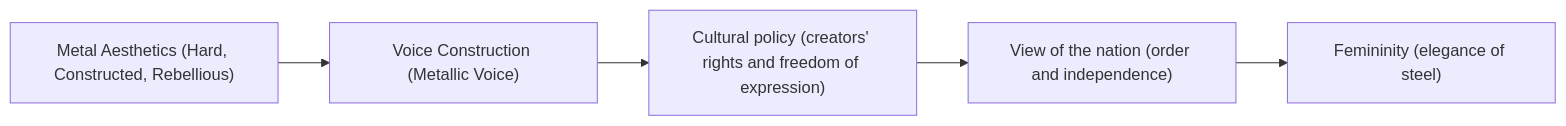
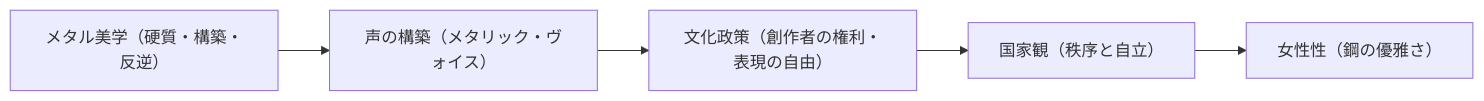
The third of 3 diagrams in en/_posts/2025-10-25-column-takaichi-metal.md (monumental-movement/monumental-movement.github.io), drawn with Mermaid before and after one commit. The commit also changed other lines of this file and 1724 other files, not shown here.

```diff
--- a/en/_posts/2025-10-25-column-takaichi-metal.md
+++ b/en/_posts/2025-10-25-column-takaichi-metal.md
@@ -149,12 +147,12 @@
 <div class="mermaid">
     
 flowchart LR
-A["Metal Aesthetics (Hard, Constructed, Rebellious)"]
-B["Voice Construction (Metallic Voice)"]
-C["Cultural policy (creators' rights and freedom of expression)"]
-D["View of the nation (order and independence)"]
-E["Femininity (elegance of steel)"]
+    A["メタル美学（硬質・構築・反逆）"]
+    B["声の構築（メタリック・ヴォイス）"]
+    C["文化政策（創作者の権利・表現の自由）"]
+    D["国家観（秩序と自立）"]
+    E["女性性（鋼の優雅さ）"]
 
-A --> B --> C --> D --> E
+    A --> B --> C --> D --> E
 
 </div>
```
